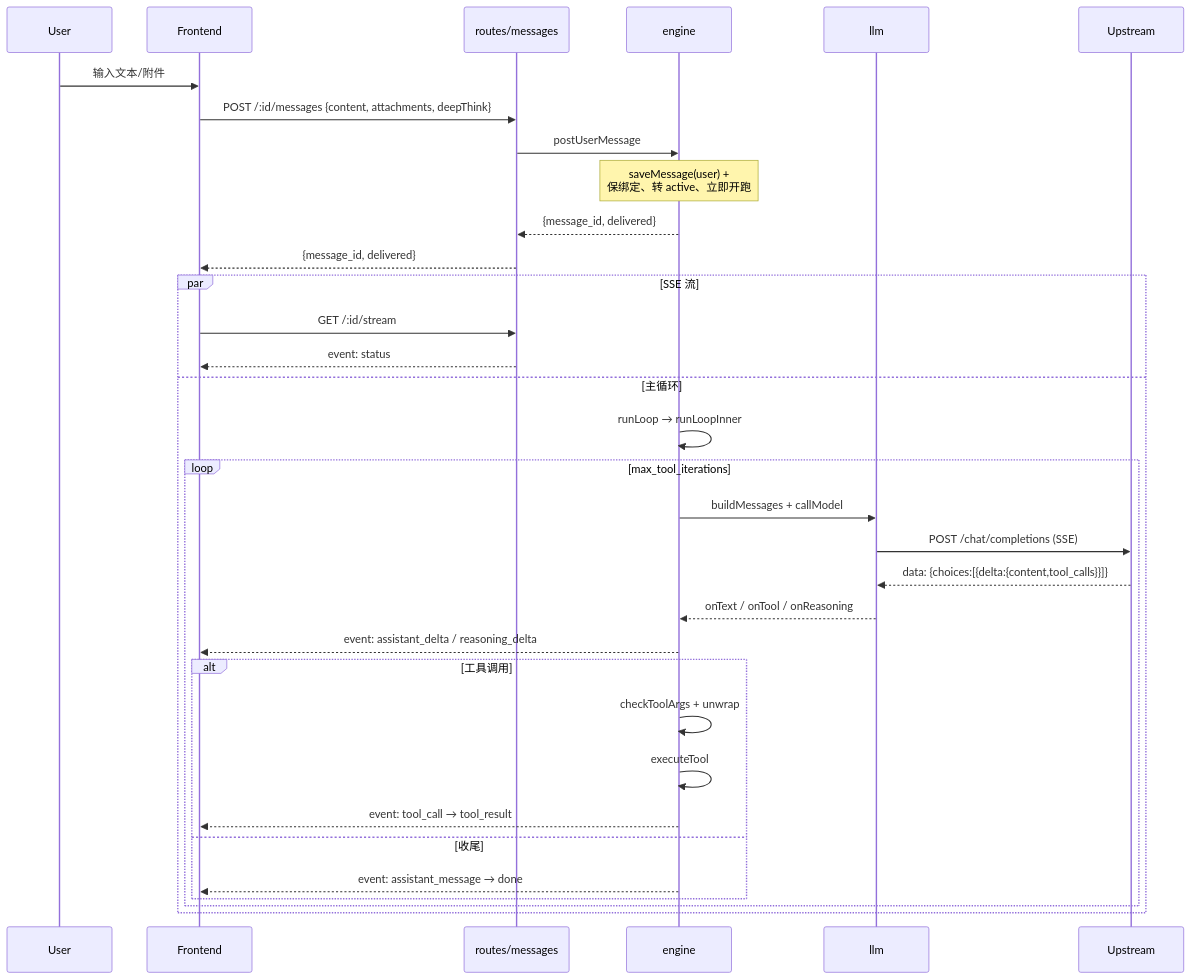
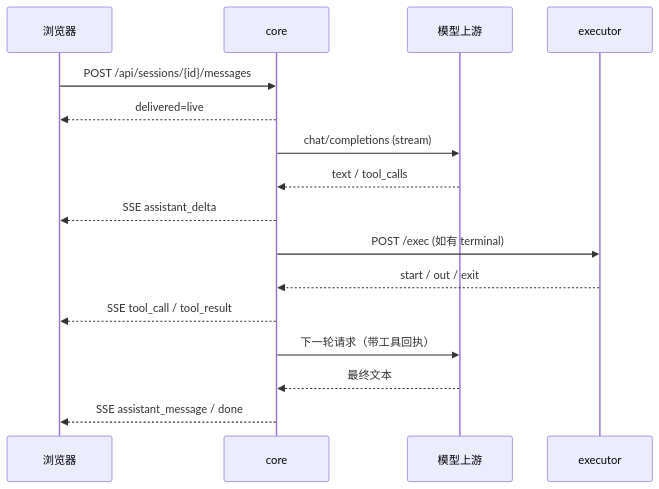
The third of 3 diagrams in docs/ARCHITECTURE.md (kicer/agent), drawn with Mermaid before and after one commit. The commit also changed other lines of this file and 10 other files, not shown here.

````diff
--- a/docs/ARCHITECTURE.md
+++ b/docs/ARCHITECTURE.md
@@ -551,36 +590,18 @@
 ```mermaid
 sequenceDiagram
-    participant U as User
-    participant F as Frontend
-    participant R as routes/messages
-    participant E as engine
-    participant L as llm
-    participant M as Upstream
-
-    U->>F: 输入文本/附件
-    F->>R: POST /:id/messages {content, attachments, deepThink}
-    R->>E: postUserMessage
-    Note over E: saveMessage(user) +<br/>保绑定、转 active、立即开跑
-    E-->>R: {message_id, delivered}
-    R-->>F: {message_id, delivered}
-    par SSE 流
-        F->>R: GET /:id/stream
-        R-->>F: event: status
-    and 主循环
-        E->>E: runLoop → runLoopInner
-        loop max_tool_iterations
-            E->>L: buildMessages + callModel
-            L->>M: POST /chat/completions (SSE)
-            M-->>L: data: {choices:[{delta:{content,tool_calls}}]}
-            L-->>E: onText / onTool / onReasoning
-            E-->>F: event: assistant_delta / reasoning_delta
-            alt 工具调用
-                E->>E: checkToolArgs + unwrap
-                E->>E: executeTool
-                E-->>F: event: tool_call → tool_result
-            else 收尾
-                E-->>F: event: assistant_message → done
-            end
-        end
-    end
+    participant B as 浏览器
+    participant C as core
+    participant L as 模型上游
+    participant E as executor
+    B->>C: POST /api/sessions/{id}/messages
+    C-->>B: delivered=live
+    C->>L: chat/completions (stream)
+    L-->>C: text / tool_calls
+    C-->>B: SSE assistant_delta
+    C->>E: POST /exec (如有 terminal)
+    E-->>C: start / out / exit
+    C-->>B: SSE tool_call / tool_result
+    C->>L: 下一轮请求（带工具回执）
+    L-->>C: 最终文本
+    C-->>B: SSE assistant_message / done
 ```
````
